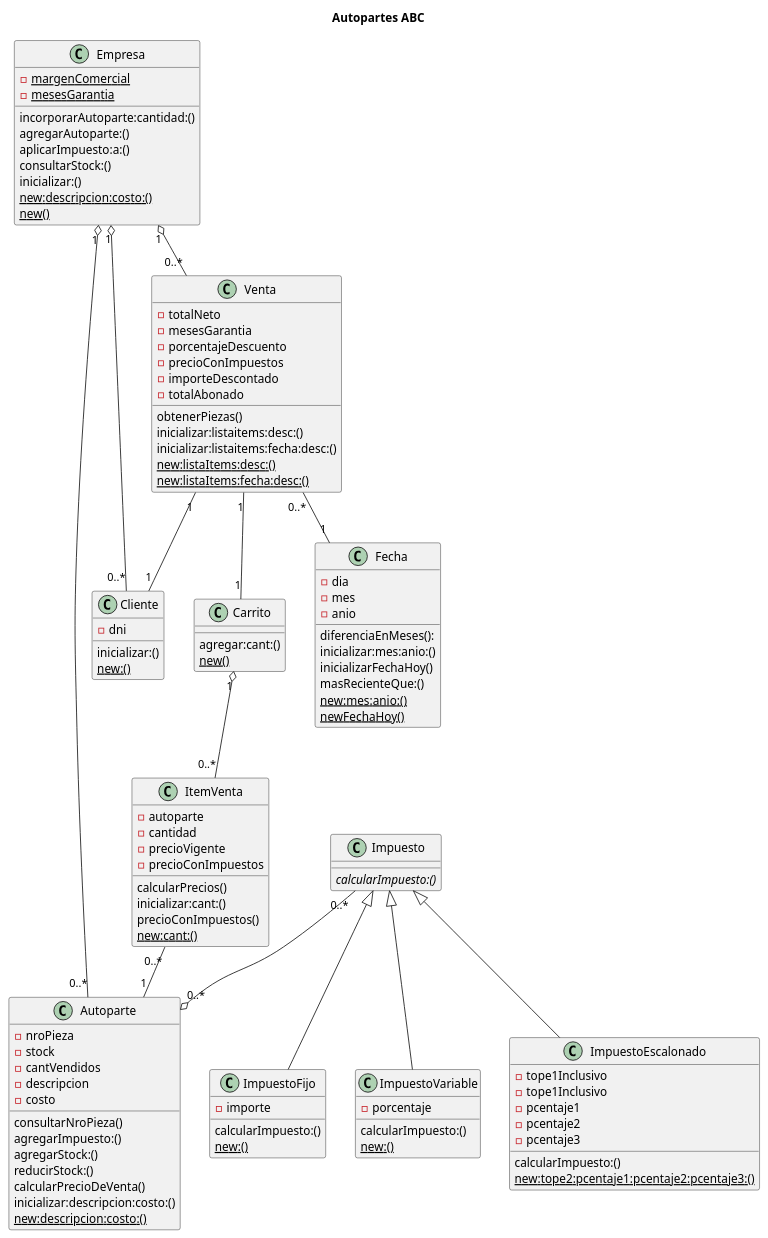
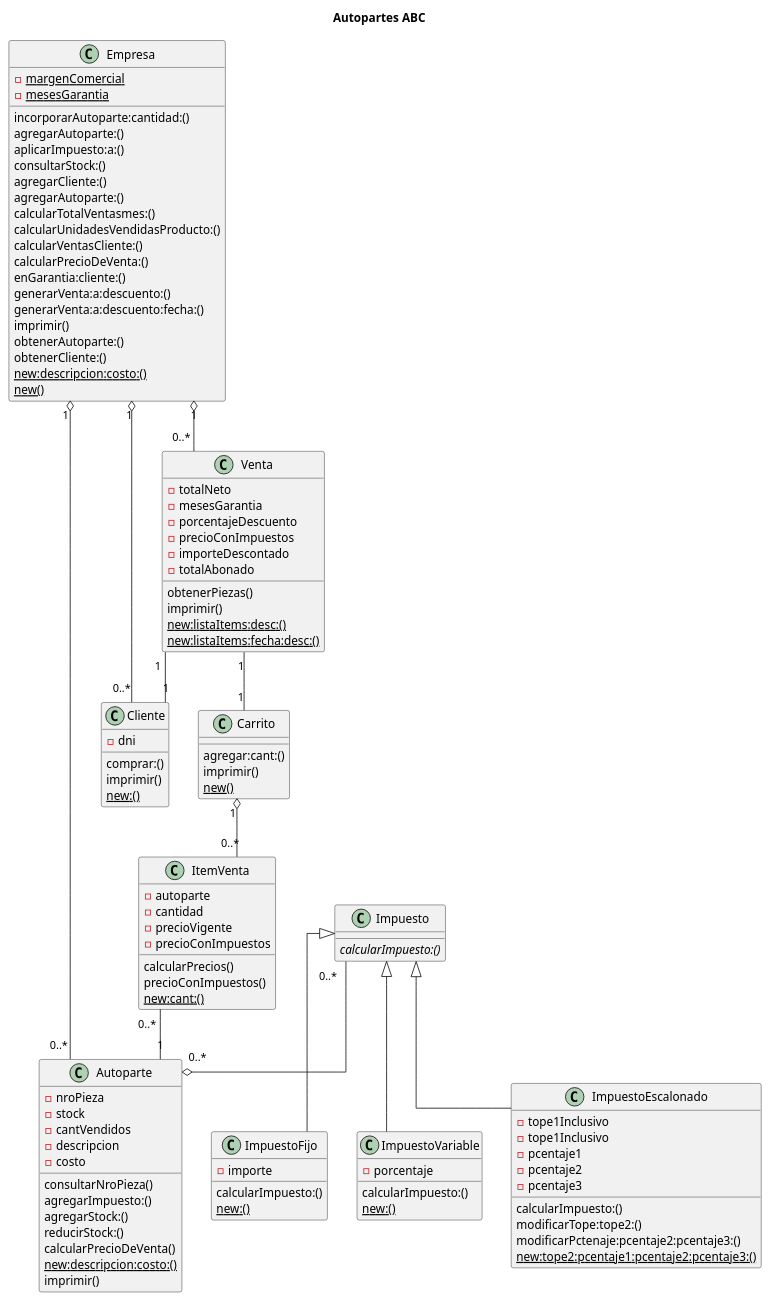
Before and after one commit to fideldalmasso/paradigmas: the diagram in diagrama.puml, drawn with PlantUML.

Commit message:
Se modifico el diagrama de clases

```diff
--- a/diagrama.puml
+++ b/diagrama.puml
@@ -1,129 +1,128 @@
 @startuml
 
 title Autopartes ABC
-' skinparam linetype ortho
+skinparam linetype ortho
 
 class Empresa {
 -{static}margenComercial
 -{static}mesesGarantia
 incorporarAutoparte:cantidad:()
 agregarAutoparte:()
 aplicarImpuesto:a:()
 consultarStock:()
-inicializar:()
+agregarCliente:()
+agregarAutoparte:()
+calcularTotalVentasmes:()
+calcularUnidadesVendidasProducto:()
+calcularVentasCliente:()
+calcularPrecioDeVenta:()
+enGarantia:cliente:()
+generarVenta:a:descuento:()
+generarVenta:a:descuento:fecha:()
+imprimir()
+obtenerAutoparte:()
+obtenerCliente:()
 {static}new:descripcion:costo:()
 {static}new()
 
 }
 
 class Autoparte {
 -nroPieza
 -stock
 -cantVendidos 
 -descripcion
 -costo
 
 consultarNroPieza()
 agregarImpuesto:()
 agregarStock:()
 reducirStock:()
 calcularPrecioDeVenta()
-inicializar:descripcion:costo:()
 {static}new:descripcion:costo:()
-
+imprimir()
 }
 
 class Cliente {
 -dni
-inicializar:()
+comprar:()
+imprimir()
 {static}new:()
 }
 
 class Carrito {
 agregar:cant:()
+imprimir()
 {static}new()
 }
 
 
 class ItemVenta {
 -autoparte
 -cantidad
 -precioVigente
 -precioConImpuestos
 calcularPrecios()
-inicializar:cant:()
 precioConImpuestos()
 {static}new:cant:()
 }
 
 class Venta {
 -totalNeto
 -mesesGarantia
 -porcentajeDescuento
 -precioConImpuestos
 -importeDescontado
 -totalAbonado
 obtenerPiezas()
-inicializar:listaitems:desc:()
-inicializar:listaitems:fecha:desc:()
+imprimir()
 {static}new:listaItems:desc:()
 {static}new:listaItems:fecha:desc:()
 
-}
-
-class Fecha {
--dia
--mes
--anio
-diferenciaEnMeses():
-inicializar:mes:anio:()
-inicializarFechaHoy()
-masRecienteQue:()
-{static}new:mes:anio:()
-{static}newFechaHoy()
 }
 
 class Impuesto{
 {abstract}calcularImpuesto:()
 }
 
 class ImpuestoFijo{
 -importe
 calcularImpuesto:()
 {static}new:()
 }
 
 class ImpuestoVariable{
 -porcentaje
 calcularImpuesto:()
 {static}new:()
 }
 
 class ImpuestoEscalonado{
 -tope1Inclusivo 
 -tope1Inclusivo
 -pcentaje1 
 -pcentaje2
 -pcentaje3
 calcularImpuesto:()
+modificarTope:tope2:()
+modificarPctenaje:pcentaje2:pcentaje3:()
 {static}new:tope2:pcentaje1:pcentaje2:pcentaje3:()
 }
 
 
 
 Empresa "1" o-- "0..*" Autoparte
 Empresa "1" o-- "0..*" Cliente
 Empresa "1" o-- "0..*" Venta
 Venta "1" -- "1" Carrito
 Venta "1" -- "1" Cliente
 Carrito "1" o-- "0..*" ItemVenta
 ItemVenta "0..*" -- "1" Autoparte
-Venta "0..*" -- "1"  Fecha
 Impuesto  <|-- ImpuestoFijo
 Impuesto  <|-- ImpuestoVariable
 Impuesto  <|-- ImpuestoEscalonado
 Impuesto  "0..*" --o "0..*" Autoparte
 
 
 
-@enduml
+@enduml￼zoom_out  ￼fullscreen_exit  ￼zoom_in  ￼help
```
